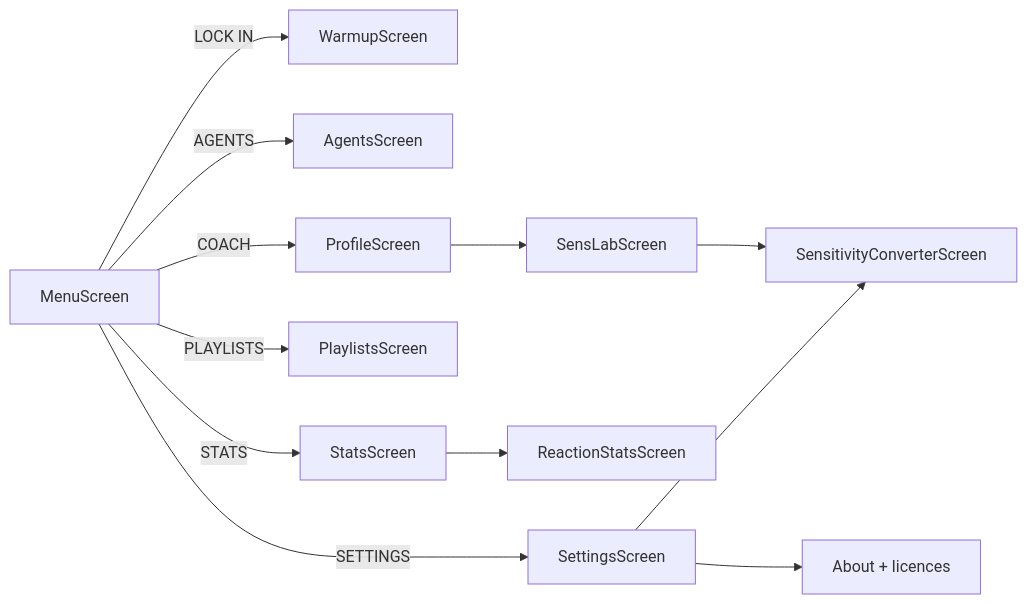
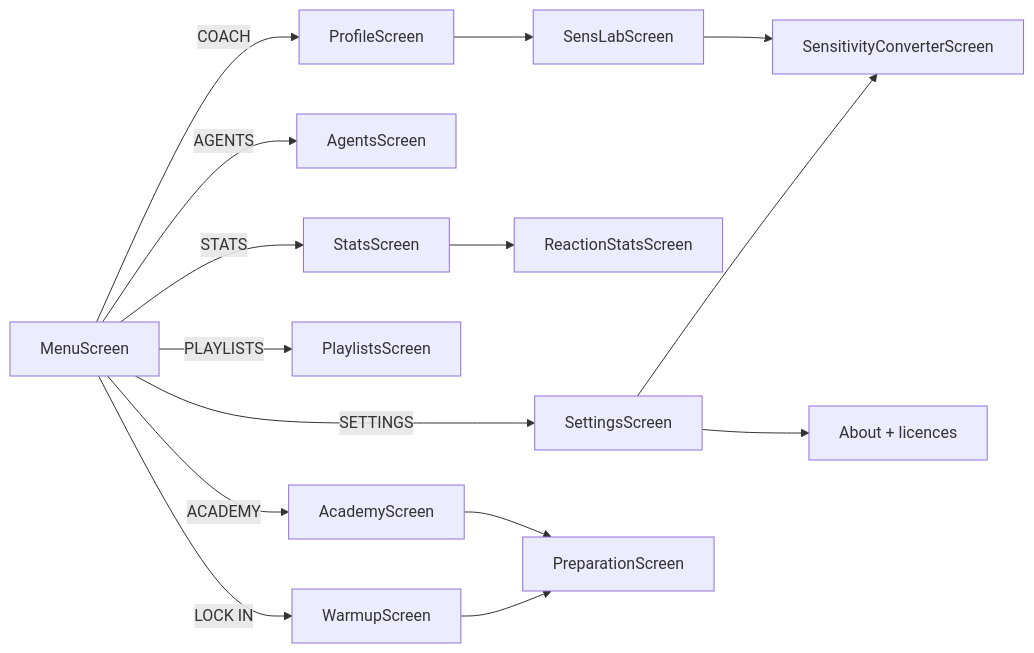
One commit to Pyromesis/CA-VAL-AIM changed the third of 20 diagrams in docs/ARCHITECTURE.md. Above: the diagram before and after it, drawn with Mermaid. The commit also changed other lines of this file and 26 other files, not shown here.

````diff
--- a/docs/ARCHITECTURE.md
+++ b/docs/ARCHITECTURE.md
@@ -123,15 +123,18 @@
 ```mermaid
 flowchart LR
     Menu["MenuScreen"]
     Menu -->|"LOCK IN"| Warm["WarmupScreen"]
     Menu -->|"AGENTS"| Agents["AgentsScreen"]
     Menu -->|"COACH"| Profile["ProfileScreen"]
     Menu -->|"PLAYLISTS"| Playlists["PlaylistsScreen"]
     Menu -->|"STATS"| Stats["StatsScreen"]
     Menu -->|"SETTINGS"| Settings["SettingsScreen"]
+    Menu -->|"ACADEMY"| Academy["AcademyScreen"]
     Stats --> Reaction["ReactionStatsScreen"]
     Profile --> SensLab["SensLabScreen"]
     SensLab --> Converter["SensitivityConverterScreen"]
+    Academy --> Prep["PreparationScreen"]
+    Warm --> Prep
     Settings --> Converter
     Settings --> About["About + licences"]
 ```
````
